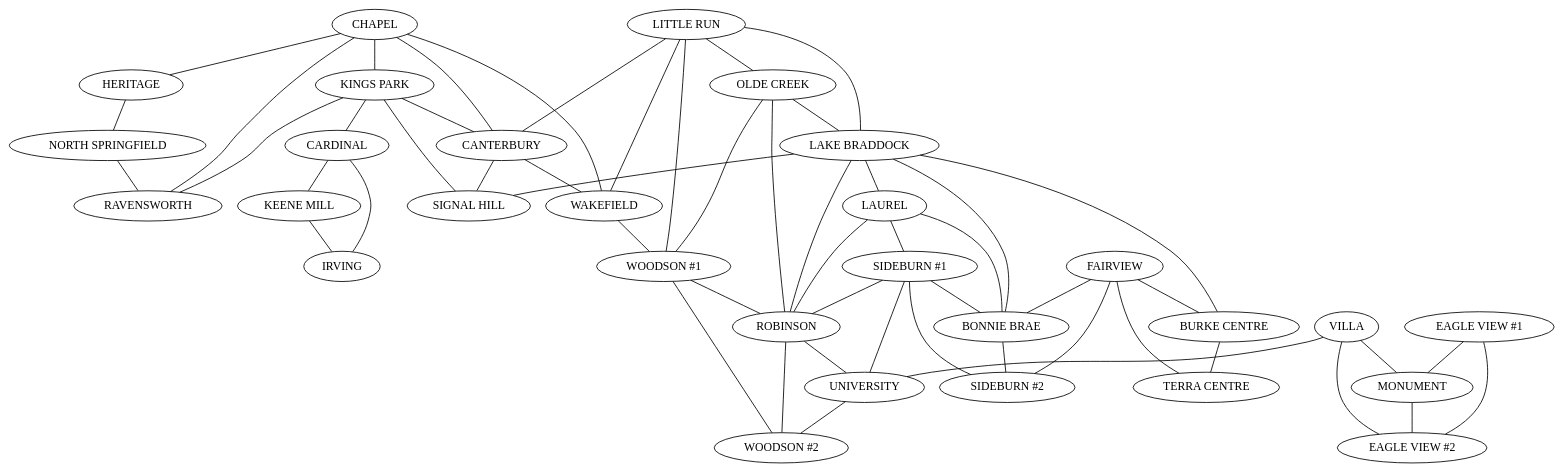
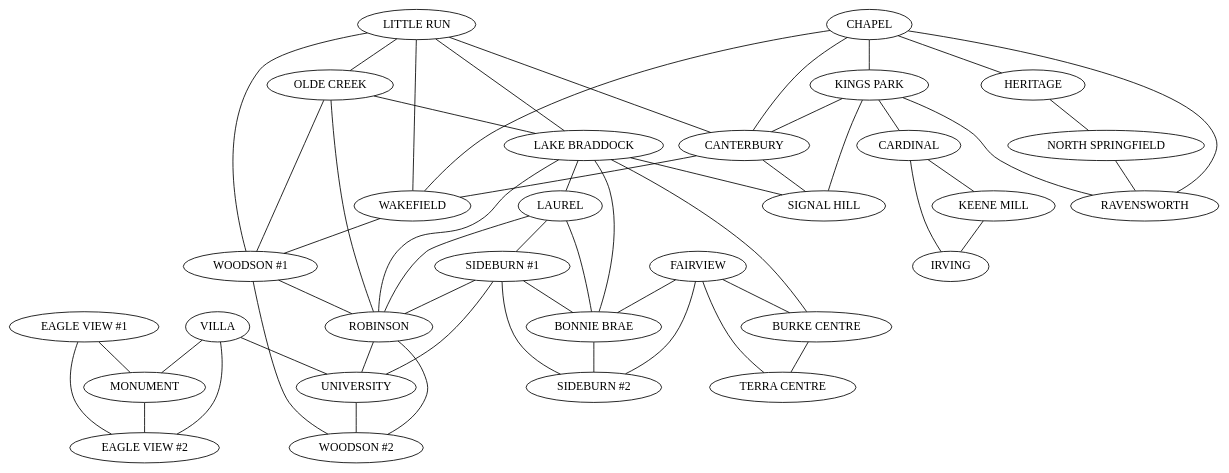
The diagram in data/precinct_graph.dot (osistlk/Documents), drawn with Graphviz before and after one commit. The commit also changed 2 other files, not shown here.

Commit message:
Update precinct graph DOT file formatting and reverse precinct order in graph generation

```diff
--- a/data/precinct_graph.dot
+++ b/data/precinct_graph.dot
@@ -1,87 +1,87 @@
 graph precinct_graph {
-    node [shape = ellipse;];
-    edge [color = black;];
-    104 [label = "CHAPEL";];
-    104 -- 106;
-    104 -- 108;
-    104 -- 113;
-    104 -- 115;
-    104 -- 116;
-    105 [label = "FAIRVIEW";];
-    105 -- 126;
-    105 -- 127;
-    105 -- 130;
-    105 -- 137;
-    106 [label = "HERITAGE";];
-    106 -- 110;
-    108 [label = "KINGS PARK";];
-    108 -- 113;
-    108 -- 115;
-    108 -- 125;
-    108 -- 128;
-    109 [label = "LITTLE RUN";];
-    109 -- 113;
-    109 -- 114;
-    109 -- 116;
-    109 -- 117;
-    109 -- 118;
-    110 [label = "NORTH SPRINGFIELD";];
-    110 -- 115;
-    113 [label = "CANTERBURY";];
-    113 -- 116;
-    113 -- 125;
-    114 [label = "OLDE CREEK";];
-    114 -- 117;
-    114 -- 118;
-    114 -- 123;
-    115 [label = "RAVENSWORTH";];
-    116 [label = "WAKEFIELD";];
-    116 -- 117;
-    117 [label = "WOODSON #1";];
-    117 -- 123;
-    117 -- 136;
-    118 [label = "LAKE BRADDOCK";];
-    118 -- 119;
-    118 -- 123;
-    118 -- 125;
-    118 -- 126;
-    118 -- 127;
-    119 [label = "LAUREL";];
-    119 -- 120;
-    119 -- 123;
-    119 -- 126;
-    120 [label = "SIDEBURN #1";];
-    120 -- 123;
-    120 -- 126;
-    120 -- 134;
-    120 -- 137;
-    121 [label = "VILLA";];
-    121 -- 132;
-    121 -- 134;
-    121 -- 138;
-    123 [label = "ROBINSON";];
-    123 -- 134;
-    123 -- 136;
-    125 [label = "SIGNAL HILL";];
-    126 [label = "BONNIE BRAE";];
-    126 -- 137;
-    127 [label = "BURKE CENTRE";];
-    127 -- 130;
-    128 [label = "CARDINAL";];
-    128 -- 129;
-    128 -- 135;
-    129 [label = "KEENE MILL";];
-    129 -- 135;
-    130 [label = "TERRA CENTRE";];
-    131 [label = "EAGLE VIEW #1";];
-    131 -- 132;
-    131 -- 138;
-    132 [label = "MONUMENT";];
-    132 -- 138;
-    134 [label = "UNIVERSITY";];
-    134 -- 136;
-    135 [label = "IRVING";];
-    136 [label = "WOODSON #2";];
-    137 [label = "SIDEBURN #2";];
-    138 [label = "EAGLE VIEW #2";];
+node [shape=ellipse];
+edge [color=black];
+138 [label="EAGLE VIEW #2"];
+137 [label="SIDEBURN #2"];
+136 [label="WOODSON #2"];
+135 [label="IRVING"];
+134 [label="UNIVERSITY"];
+134 -- 136;
+132 [label="MONUMENT"];
+132 -- 138;
+131 [label="EAGLE VIEW #1"];
+131 -- 132;
+131 -- 138;
+130 [label="TERRA CENTRE"];
+129 [label="KEENE MILL"];
+129 -- 135;
+128 [label="CARDINAL"];
+128 -- 129;
+128 -- 135;
+127 [label="BURKE CENTRE"];
+127 -- 130;
+126 [label="BONNIE BRAE"];
+126 -- 137;
+125 [label="SIGNAL HILL"];
+123 [label="ROBINSON"];
+123 -- 134;
+123 -- 136;
+121 [label="VILLA"];
+121 -- 132;
+121 -- 134;
+121 -- 138;
+120 [label="SIDEBURN #1"];
+120 -- 123;
+120 -- 126;
+120 -- 134;
+120 -- 137;
+119 [label="LAUREL"];
+119 -- 120;
+119 -- 123;
+119 -- 126;
+118 [label="LAKE BRADDOCK"];
+118 -- 119;
+118 -- 123;
+118 -- 125;
+118 -- 126;
+118 -- 127;
+117 [label="WOODSON #1"];
+117 -- 123;
+117 -- 136;
+116 [label="WAKEFIELD"];
+116 -- 117;
+115 [label="RAVENSWORTH"];
+114 [label="OLDE CREEK"];
+114 -- 117;
+114 -- 118;
+114 -- 123;
+113 [label="CANTERBURY"];
+113 -- 116;
+113 -- 125;
+110 [label="NORTH SPRINGFIELD"];
+110 -- 115;
+109 [label="LITTLE RUN"];
+109 -- 113;
+109 -- 114;
+109 -- 116;
+109 -- 117;
+109 -- 118;
+108 [label="KINGS PARK"];
+108 -- 113;
+108 -- 115;
+108 -- 125;
+108 -- 128;
+106 [label="HERITAGE"];
+106 -- 110;
+105 [label="FAIRVIEW"];
+105 -- 126;
+105 -- 127;
+105 -- 130;
+105 -- 137;
+104 [label="CHAPEL"];
+104 -- 106;
+104 -- 108;
+104 -- 113;
+104 -- 115;
+104 -- 116;
 }
```
